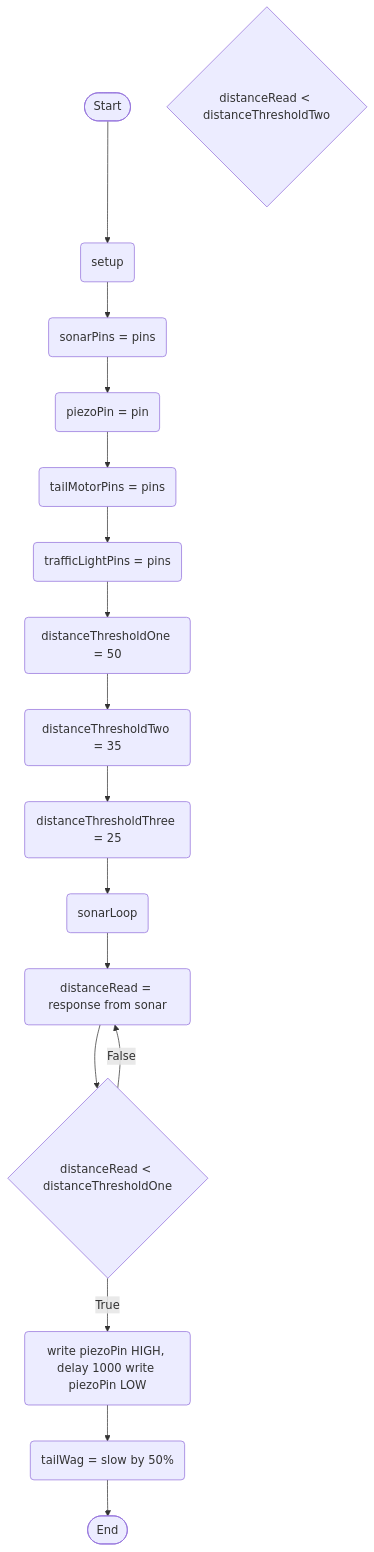
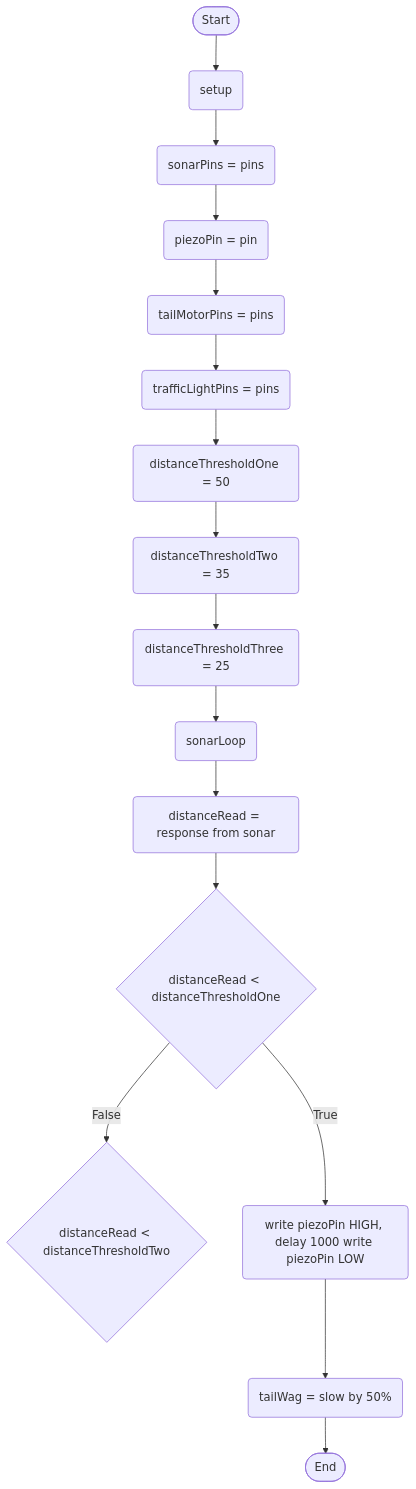
Before and after one commit to Deltace05/SmartDog: the diagram in logic.md, drawn with Mermaid.

````diff
--- a/logic.md
+++ b/logic.md
@@ -1,36 +1,36 @@
 ```mermaid
 flowchart TD
 terminalStart([Start])
 terminalEnd([End])
 setupStart(setup)
 setSonarRead(sonarPins = pins)
 setPiezoPin(piezoPin = pin)
 setTail(tailMotorPins = pins)
 setLight(trafficLightPins = pins)
 thresholdSetOne(distanceThresholdOne = 50)
 thresholdSetTwo(distanceThresholdTwo = 35)
 thresholdSetThree(distanceThresholdThree = 25)
 currentDistanceReading(distanceRead = response from sonar)
 ifDistanceLessThanThresholdOne{distanceRead < distanceThresholdOne}
 ifDistanceLessThanThresholdTwo{distanceRead < distanceThresholdTwo}
 piezoOneBuzz(write piezoPin HIGH, delay 1000 write piezoPin LOW)
 tailSlow(tailWag = slow by 50%)
 sonarStart(sonarLoop)
 
 terminalStart --> setupStart
 setupStart --> setSonarRead
 setSonarRead --> setPiezoPin
 setPiezoPin --> setTail
 setTail --> setLight
 setLight --> thresholdSetOne
 thresholdSetOne --> thresholdSetTwo
 thresholdSetTwo --> thresholdSetThree
 thresholdSetThree --> sonarStart
 
 sonarStart --> currentDistanceReading
 currentDistanceReading --> ifDistanceLessThanThresholdOne
 ifDistanceLessThanThresholdOne --> |True| piezoOneBuzz
 piezoOneBuzz --> tailSlow
 tailSlow --> terminalEnd
-ifDistanceLessThanThresholdOne --> |False| currentDistanceReading
+ifDistanceLessThanThresholdOne --> |False| ifDistanceLessThanThresholdTwo
 ```
````
